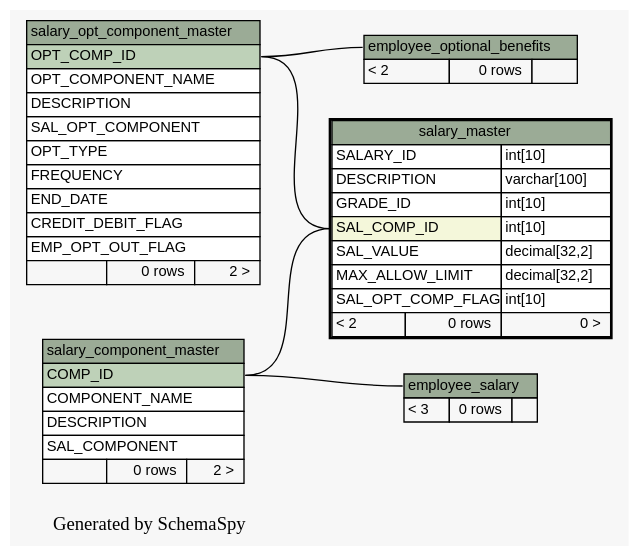
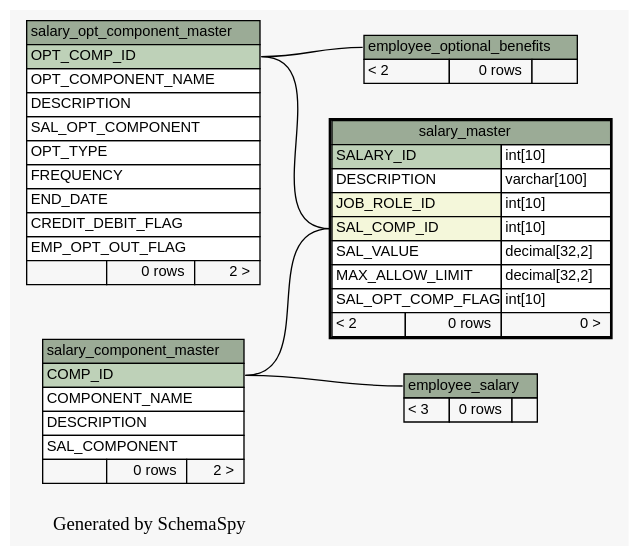
Before and after one commit to engineerscraft/hrms: the diagram in docs/database/schemaspy/graphs/salary_master.2degrees.dot, drawn with Graphviz. The commit also changed 201 other files, not shown here.

```diff
--- a/docs/database/schemaspy/graphs/salary_master.2degrees.dot
+++ b/docs/database/schemaspy/graphs/salary_master.2degrees.dot
@@ -1,86 +1,86 @@
 // dot 2.38.0 on Windows 7 6.1
 digraph "twoDegreesRelationshipsGraph" {
   graph [
     rankdir="RL"
     bgcolor="#f7f7f7"
     label="\nGenerated by SchemaSpy"
     labeljust="l"
   ];
   node [
     fontname="Helvetica"
     fontsize="11"
     shape="plaintext"
   ];
   edge [
     arrowsize="0.8"
   ];
   "employee_optional_benefits":"employee_optional_benefits.heading":w -> "salary_opt_component_master":"OPT_COMP_ID":e [arrowtail=crowodot arrowhead=none];
   "employee_salary":"employee_salary.heading":w -> "salary_component_master":"COMP_ID":e [arrowtail=crowtee arrowhead=none];
   "salary_master":"SAL_COMP_ID":w -> "salary_component_master":"COMP_ID":e [arrowtail=crowodot arrowhead=none];
   "salary_master":"SAL_COMP_ID":w -> "salary_opt_component_master":"OPT_COMP_ID":e [arrowtail=crowodot arrowhead=none];
   "employee_optional_benefits" [
     label=<
     <TABLE BORDER="0" CELLBORDER="1" CELLSPACING="0" BGCOLOR="#ffffff">
       <TR><TD PORT="employee_optional_benefits.heading" COLSPAN="3" BGCOLOR="#9bab96" ALIGN="CENTER">employee_optional_benefits</TD></TR>
       <TR><TD ALIGN="LEFT" BGCOLOR="#f7f7f7">&lt; 2</TD><TD ALIGN="RIGHT" BGCOLOR="#f7f7f7">0 rows</TD><TD ALIGN="RIGHT" BGCOLOR="#f7f7f7">  </TD></TR>
     </TABLE>>
     URL="employee_optional_benefits.html#graph"
     tooltip="employee_optional_benefits"
   ];
   "employee_salary" [
     label=<
     <TABLE BORDER="0" CELLBORDER="1" CELLSPACING="0" BGCOLOR="#ffffff">
       <TR><TD PORT="employee_salary.heading" COLSPAN="3" BGCOLOR="#9bab96" ALIGN="CENTER">employee_salary</TD></TR>
       <TR><TD ALIGN="LEFT" BGCOLOR="#f7f7f7">&lt; 3</TD><TD ALIGN="RIGHT" BGCOLOR="#f7f7f7">0 rows</TD><TD ALIGN="RIGHT" BGCOLOR="#f7f7f7">  </TD></TR>
     </TABLE>>
     URL="employee_salary.html#graph"
     tooltip="employee_salary"
   ];
   "salary_component_master" [
     label=<
     <TABLE BORDER="0" CELLBORDER="1" CELLSPACING="0" BGCOLOR="#ffffff">
       <TR><TD PORT="salary_component_master.heading" COLSPAN="3" BGCOLOR="#9bab96" ALIGN="CENTER">salary_component_master</TD></TR>
       <TR><TD PORT="COMP_ID" COLSPAN="3" BGCOLOR="#bed1b8" ALIGN="LEFT">COMP_ID</TD></TR>
       <TR><TD PORT="COMPONENT_NAME" COLSPAN="3" ALIGN="LEFT">COMPONENT_NAME</TD></TR>
       <TR><TD PORT="DESCRIPTION" COLSPAN="3" ALIGN="LEFT">DESCRIPTION</TD></TR>
       <TR><TD PORT="SAL_COMPONENT" COLSPAN="3" ALIGN="LEFT">SAL_COMPONENT</TD></TR>
       <TR><TD ALIGN="LEFT" BGCOLOR="#f7f7f7">  </TD><TD ALIGN="RIGHT" BGCOLOR="#f7f7f7">0 rows</TD><TD ALIGN="RIGHT" BGCOLOR="#f7f7f7">2 &gt;</TD></TR>
     </TABLE>>
     URL="salary_component_master.html#graph"
     tooltip="salary_component_master"
   ];
   "salary_master" [
     label=<
     <TABLE BORDER="2" CELLBORDER="1" CELLSPACING="0" BGCOLOR="#ffffff">
       <TR><TD PORT="salary_master.heading" COLSPAN="3" BGCOLOR="#9bab96" ALIGN="CENTER">salary_master</TD></TR>
-      <TR><TD PORT="SALARY_ID" COLSPAN="2" ALIGN="LEFT">SALARY_ID</TD><TD PORT="SALARY_ID.type" ALIGN="LEFT">int[10]</TD></TR>
+      <TR><TD PORT="SALARY_ID" COLSPAN="2" BGCOLOR="#bed1b8" ALIGN="LEFT">SALARY_ID</TD><TD PORT="SALARY_ID.type" ALIGN="LEFT">int[10]</TD></TR>
       <TR><TD PORT="DESCRIPTION" COLSPAN="2" ALIGN="LEFT">DESCRIPTION</TD><TD PORT="DESCRIPTION.type" ALIGN="LEFT">varchar[100]</TD></TR>
-      <TR><TD PORT="GRADE_ID" COLSPAN="2" ALIGN="LEFT">GRADE_ID</TD><TD PORT="GRADE_ID.type" ALIGN="LEFT">int[10]</TD></TR>
+      <TR><TD PORT="JOB_ROLE_ID" COLSPAN="2" BGCOLOR="#f4f7da" ALIGN="LEFT">JOB_ROLE_ID</TD><TD PORT="JOB_ROLE_ID.type" ALIGN="LEFT">int[10]</TD></TR>
       <TR><TD PORT="SAL_COMP_ID" COLSPAN="2" BGCOLOR="#f4f7da" ALIGN="LEFT">SAL_COMP_ID</TD><TD PORT="SAL_COMP_ID.type" ALIGN="LEFT">int[10]</TD></TR>
       <TR><TD PORT="SAL_VALUE" COLSPAN="2" ALIGN="LEFT">SAL_VALUE</TD><TD PORT="SAL_VALUE.type" ALIGN="LEFT">decimal[32,2]</TD></TR>
       <TR><TD PORT="MAX_ALLOW_LIMIT" COLSPAN="2" ALIGN="LEFT">MAX_ALLOW_LIMIT</TD><TD PORT="MAX_ALLOW_LIMIT.type" ALIGN="LEFT">decimal[32,2]</TD></TR>
       <TR><TD PORT="SAL_OPT_COMP_FLAG" COLSPAN="2" ALIGN="LEFT">SAL_OPT_COMP_FLAG</TD><TD PORT="SAL_OPT_COMP_FLAG.type" ALIGN="LEFT">int[10]</TD></TR>
       <TR><TD ALIGN="LEFT" BGCOLOR="#f7f7f7">&lt; 2</TD><TD ALIGN="RIGHT" BGCOLOR="#f7f7f7">0 rows</TD><TD ALIGN="RIGHT" BGCOLOR="#f7f7f7">0 &gt;</TD></TR>
     </TABLE>>
     URL="salary_master.html#"
     tooltip="salary_master"
   ];
   "salary_opt_component_master" [
     label=<
     <TABLE BORDER="0" CELLBORDER="1" CELLSPACING="0" BGCOLOR="#ffffff">
       <TR><TD PORT="salary_opt_component_master.heading" COLSPAN="3" BGCOLOR="#9bab96" ALIGN="CENTER">salary_opt_component_master</TD></TR>
       <TR><TD PORT="OPT_COMP_ID" COLSPAN="3" BGCOLOR="#bed1b8" ALIGN="LEFT">OPT_COMP_ID</TD></TR>
       <TR><TD PORT="OPT_COMPONENT_NAME" COLSPAN="3" ALIGN="LEFT">OPT_COMPONENT_NAME</TD></TR>
       <TR><TD PORT="DESCRIPTION" COLSPAN="3" ALIGN="LEFT">DESCRIPTION</TD></TR>
       <TR><TD PORT="SAL_OPT_COMPONENT" COLSPAN="3" ALIGN="LEFT">SAL_OPT_COMPONENT</TD></TR>
       <TR><TD PORT="OPT_TYPE" COLSPAN="3" ALIGN="LEFT">OPT_TYPE</TD></TR>
       <TR><TD PORT="FREQUENCY" COLSPAN="3" ALIGN="LEFT">FREQUENCY</TD></TR>
       <TR><TD PORT="END_DATE" COLSPAN="3" ALIGN="LEFT">END_DATE</TD></TR>
       <TR><TD PORT="CREDIT_DEBIT_FLAG" COLSPAN="3" ALIGN="LEFT">CREDIT_DEBIT_FLAG</TD></TR>
       <TR><TD PORT="EMP_OPT_OUT_FLAG" COLSPAN="3" ALIGN="LEFT">EMP_OPT_OUT_FLAG</TD></TR>
       <TR><TD ALIGN="LEFT" BGCOLOR="#f7f7f7">  </TD><TD ALIGN="RIGHT" BGCOLOR="#f7f7f7">0 rows</TD><TD ALIGN="RIGHT" BGCOLOR="#f7f7f7">2 &gt;</TD></TR>
     </TABLE>>
     URL="salary_opt_component_master.html#graph"
     tooltip="salary_opt_component_master"
   ];
 }
```
